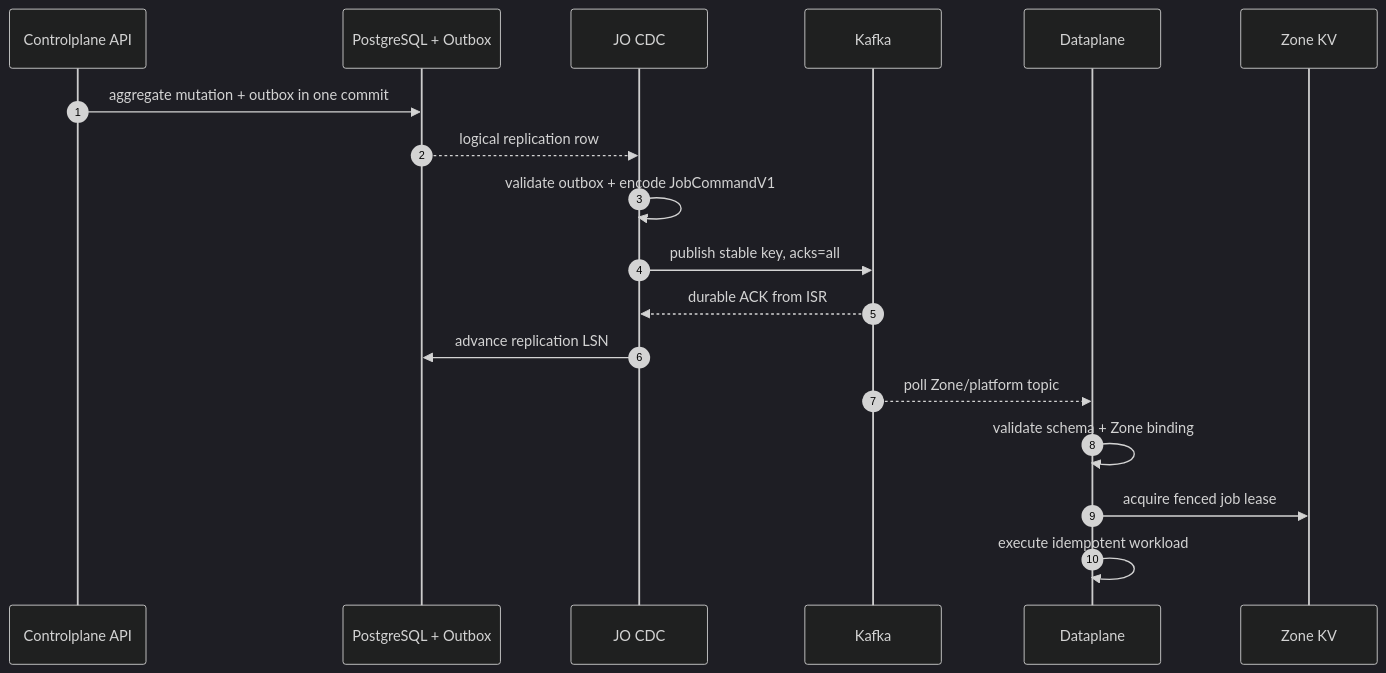
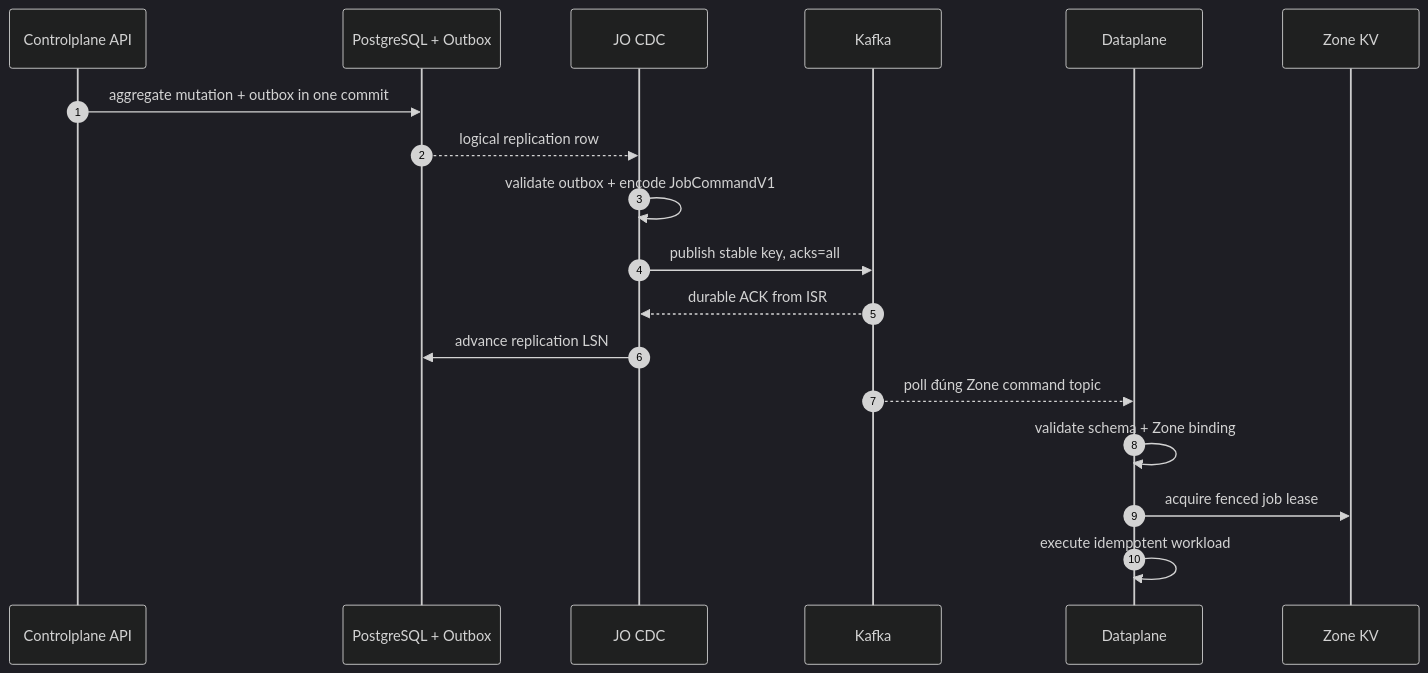
One commit to phucle996/aurora changed the second of 4 diagrams in god_view/platform/kafka_platform_transport_god_view.md. Above: the diagram before and after it, drawn with Mermaid (dark theme). The commit also changed other lines of this file and 95 other files, not shown here.

Commit message:
refactor: modernize dataplane architecture by refactoring leader, workerpool, and job lifecycle components

````diff
--- a/god_view/platform/kafka_platform_transport_god_view.md
+++ b/god_view/platform/kafka_platform_transport_god_view.md
@@ -95,21 +97,21 @@
 ```mermaid
 sequenceDiagram
     autonumber
     participant API as Controlplane API
     participant PG as PostgreSQL + Outbox
     participant JO as JO CDC
     participant K as Kafka
     participant DP as Dataplane
     participant KV as Zone KV
 
     API->>PG: aggregate mutation + outbox in one commit
     PG-->>JO: logical replication row
     JO->>JO: validate outbox + encode JobCommandV1
     JO->>K: publish stable key, acks=all
     K-->>JO: durable ACK from ISR
     JO->>PG: advance replication LSN
-    K-->>DP: poll Zone/platform topic
+    K-->>DP: poll đúng Zone command topic
     DP->>DP: validate schema + Zone binding
     DP->>KV: acquire fenced job lease
     DP->>DP: execute idempotent workload
 ```
````
